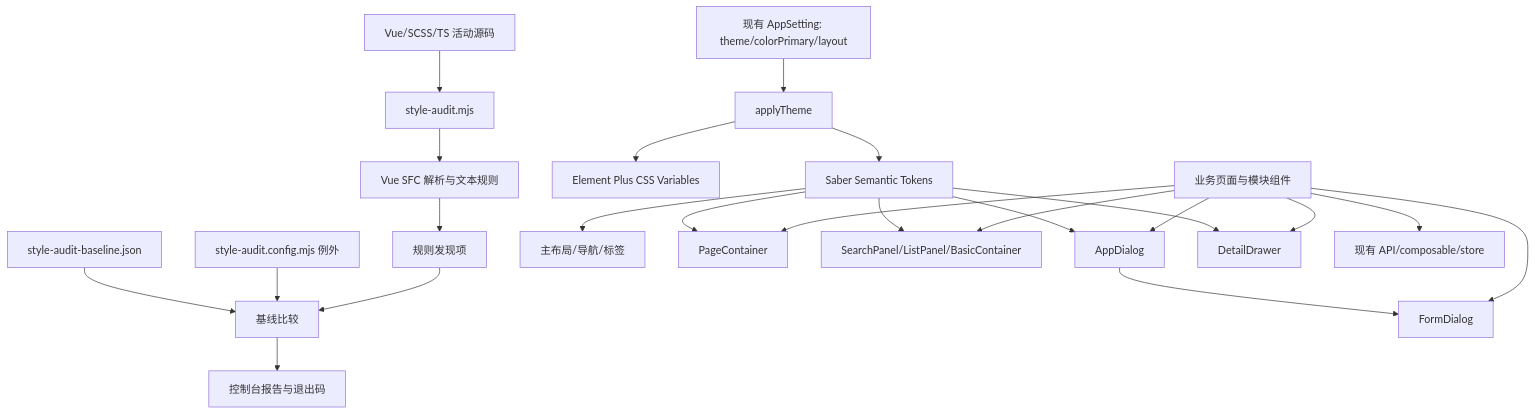
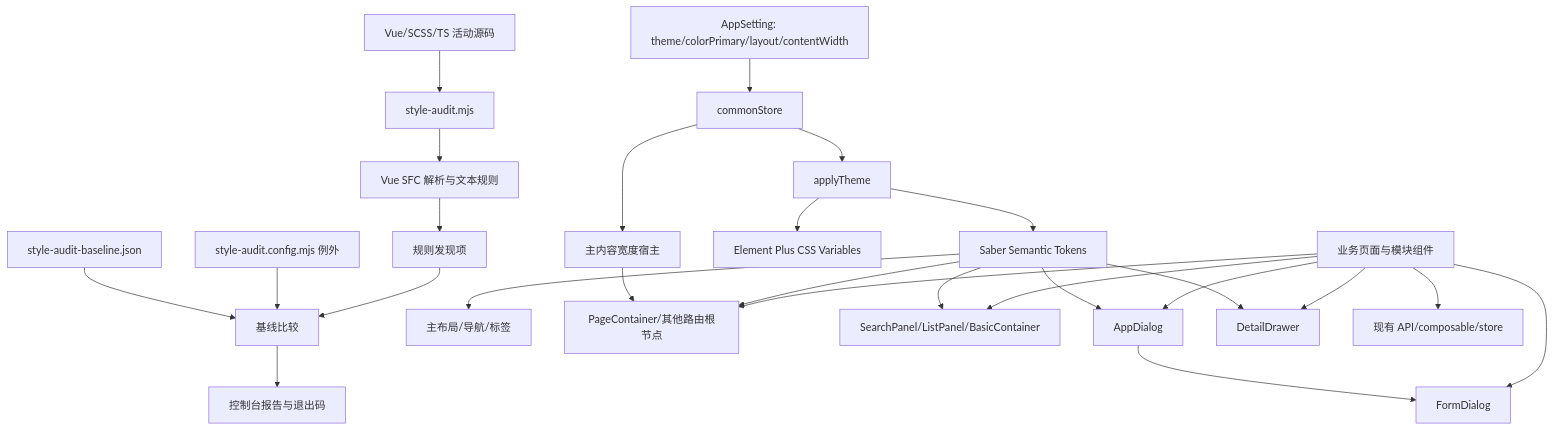
The first of 3 diagrams in doc/design/DESIGN-REQ-2026-012-ui-normalization-spacious-visual-refresh.md (anInterestingName/Saber), drawn with Mermaid before and after one commit. The commit also changed other lines of this file and 27 other files, not shown here.

````diff
--- a/doc/design/DESIGN-REQ-2026-012-ui-normalization-spacious-visual-refresh.md
+++ b/doc/design/DESIGN-REQ-2026-012-ui-normalization-spacious-visual-refresh.md
@@ -92,26 +93,29 @@
 ```mermaid
 flowchart TD
     Source[Vue/SCSS/TS 活动源码] --> Audit[style-audit.mjs]
     Audit --> Parser[Vue SFC 解析与文本规则]
     Parser --> Findings[规则发现项]
     Baseline[style-audit-baseline.json] --> Compare[基线比较]
     Allowlist[style-audit.config.mjs 例外] --> Compare
     Findings --> Compare
     Compare --> Report[控制台报告与退出码]
 
-    ThemeSetting[现有 AppSetting: theme/colorPrimary/layout] --> ApplyTheme[applyTheme]
+    InterfaceSetting[AppSetting: theme/colorPrimary/layout/contentWidth] --> CommonStore[commonStore]
+    CommonStore --> ApplyTheme[applyTheme]
+    CommonStore --> ContentHost[主内容宽度宿主]
     ApplyTheme --> ElTokens[Element Plus CSS Variables]
     ApplyTheme --> SaberTokens[Saber Semantic Tokens]
     SaberTokens --> Shell[主布局/导航/标签]
-    SaberTokens --> Page[PageContainer]
+    ContentHost --> Page[PageContainer/其他路由根节点]
+    SaberTokens --> Page
     SaberTokens --> Panels[SearchPanel/ListPanel/BasicContainer]
     SaberTokens --> AppDialog[AppDialog]
     AppDialog --> FormDialog[FormDialog]
     SaberTokens --> Drawer[DetailDrawer]
     Business[业务页面与模块组件] --> Page
     Business --> Panels
     Business --> FormDialog
     Business --> AppDialog
     Business --> Drawer
     Business --> ExistingAPI[现有 API/composable/store]
 ```
````
